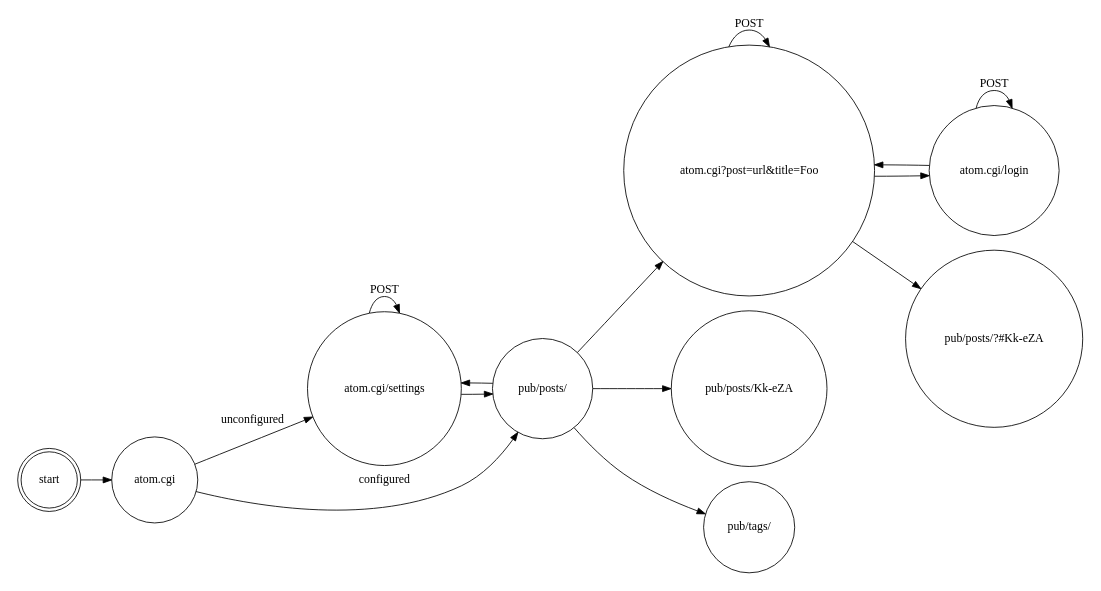
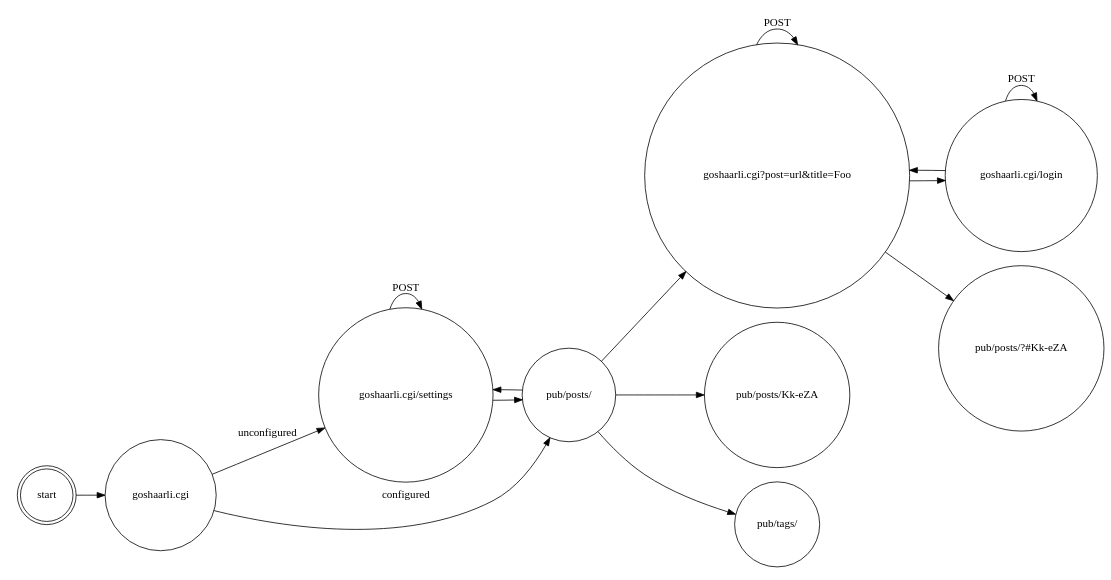
Before and after one commit to mro/ShaarliGo: the diagram in flow.dot, drawn with Graphviz. The commit also changed 26 other files, not shown here.

```diff
--- a/flow.dot
+++ b/flow.dot
@@ -1,31 +1,31 @@
 digraph flow {
 	rankdir=LR;
 	size="8,5"
 	node [shape = doublecircle]; 
 		start;
 
 	node [shape=circle];
-		"atom.cgi" [ label = "atom.cgi" ];
+		"goshaarli.cgi" [ label = "goshaarli.cgi" ];
 	
-	start -> "atom.cgi";
-	"atom.cgi" -> "atom.cgi/settings" [ label = "unconfigured" ];
-	"atom.cgi" -> "pub/posts/" [ label = "configured" ];
-	"atom.cgi/settings" -> "atom.cgi/settings" [ label = "POST" ];
-	"atom.cgi/settings" -> "pub/posts/";
+	start -> "goshaarli.cgi";
+	"goshaarli.cgi" -> "goshaarli.cgi/settings" [ label = "unconfigured" ];
+	"goshaarli.cgi" -> "pub/posts/" [ label = "configured" ];
+	"goshaarli.cgi/settings" -> "goshaarli.cgi/settings" [ label = "POST" ];
+	"goshaarli.cgi/settings" -> "pub/posts/";
 	"pub/posts/" 
-		-> "atom.cgi?post=url&title=Foo"
-		-> "atom.cgi/login";
-	"atom.cgi/login"
-		-> "atom.cgi/login" [label=POST];
-	"atom.cgi/login" 
-		-> "atom.cgi?post=url&title=Foo"
+		-> "goshaarli.cgi?post=url&title=Foo"
+		-> "goshaarli.cgi/login";
+	"goshaarli.cgi/login"
+		-> "goshaarli.cgi/login" [label=POST];
+	"goshaarli.cgi/login" 
+		-> "goshaarli.cgi?post=url&title=Foo"
 		-> "pub/posts/?#Kk-eZA";
-	"atom.cgi?post=url&title=Foo"
-		-> "atom.cgi?post=url&title=Foo" [label=POST];
+	"goshaarli.cgi?post=url&title=Foo"
+		-> "goshaarli.cgi?post=url&title=Foo" [label=POST];
 	"pub/posts/" 
 		-> "pub/posts/Kk-eZA"
 	"pub/posts/" 
-		-> "atom.cgi/settings"
+		-> "goshaarli.cgi/settings"
 	"pub/posts/" 
 		-> "pub/tags/" 
 }
```
